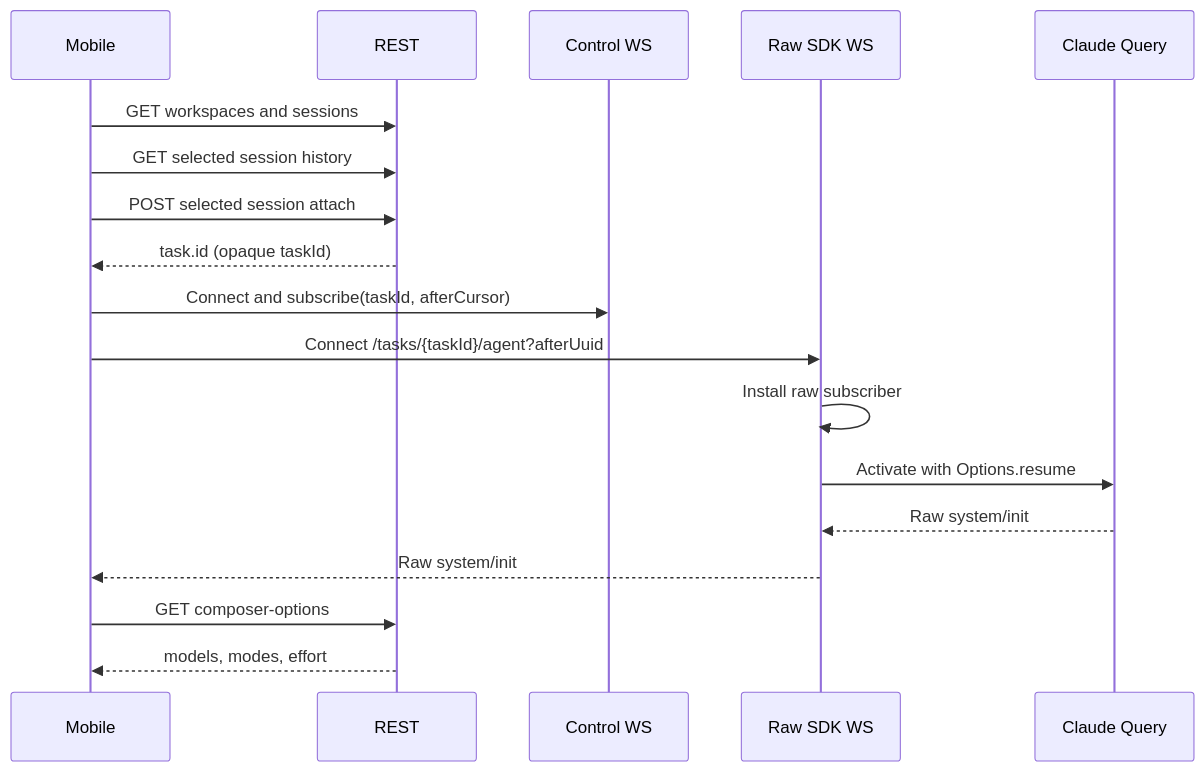
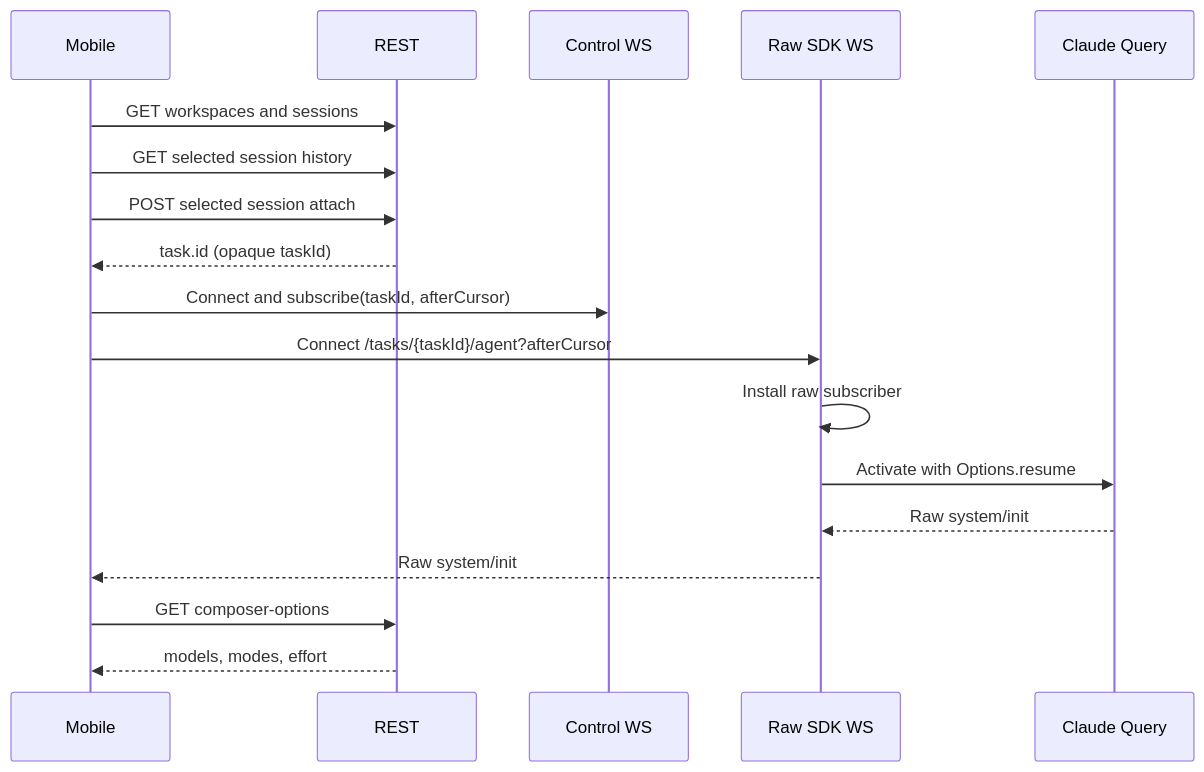
The third of 10 diagrams in docs/mobile-integration-guide.en.md (loomou/PocketPilot), drawn with Mermaid before and after one commit. The commit also changed other lines of this file and 9 other files, not shown here.

````diff
--- a/docs/mobile-integration-guide.en.md
+++ b/docs/mobile-integration-guide.en.md
@@ -965,20 +965,20 @@
 ```mermaid
 sequenceDiagram
     participant M as Mobile
     participant R as REST
     participant C as Control WS
     participant S as Raw SDK WS
     participant Q as Claude Query
     M->>R: GET workspaces and sessions
     M->>R: GET selected session history
     M->>R: POST selected session attach
     R-->>M: task.id (opaque taskId)
     M->>C: Connect and subscribe(taskId, afterCursor)
-    M->>S: Connect /tasks/{taskId}/agent?afterUuid
+    M->>S: Connect /tasks/{taskId}/agent?afterCursor
     S->>S: Install raw subscriber
     S->>Q: Activate with Options.resume
     Q-->>S: Raw system/init
     S-->>M: Raw system/init
     M->>R: GET composer-options
     R-->>M: models, modes, effort
 ```
````
